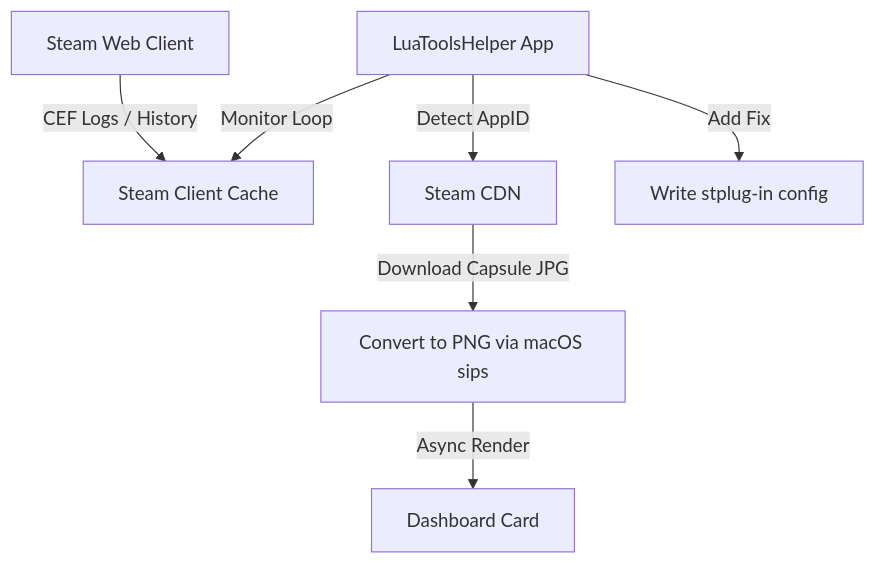
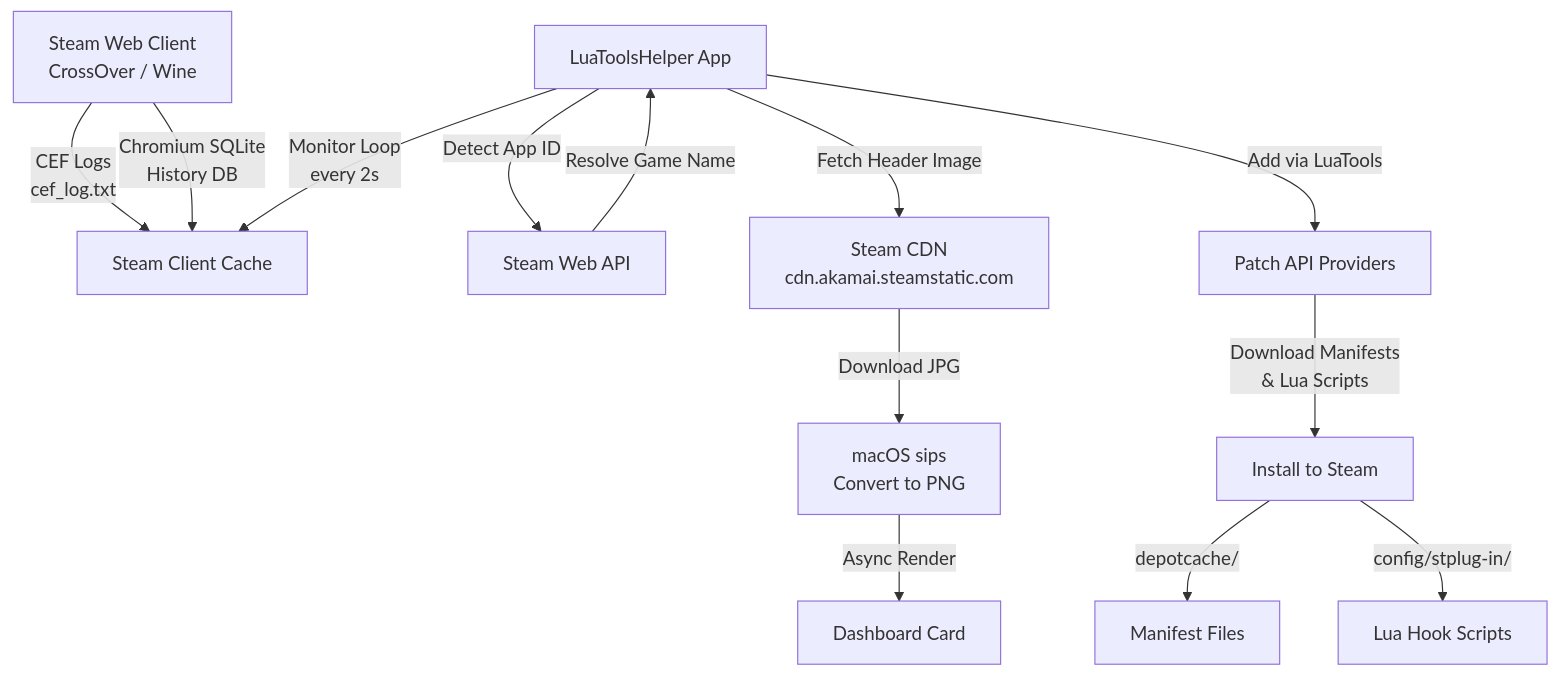
Before and after one commit to VedantNarayan/LuaToolsHelper: the diagram in README.md, drawn with Mermaid. The commit also changed other lines of this file and 5 other files, not shown here.

````diff
--- a/README.md
+++ b/README.md
@@ -48,9 +113,15 @@
 ```mermaid
 graph TD
-    A[Steam Web Client] -->|CEF Logs / History| B[Steam Client Cache]
-    C[LuaToolsHelper App] -->|Monitor Loop| B
-    C -->|Detect AppID| D[Steam CDN]
-    D -->|Download Capsule JPG| E[Convert to PNG via macOS sips]
-    E -->|Async Render| F[Dashboard Card]
-    C -->|Add Fix| G[Write stplug-in config]
+    A[Steam Web Client<br>CrossOver / Wine] -->|CEF Logs<br>cef_log.txt| B[Steam Client Cache]
+    A -->|Chromium SQLite<br>History DB| B
+    C[LuaToolsHelper App] -->|Monitor Loop<br>every 2s| B
+    C -->|Detect App ID| D[Steam Web API]
+    D -->|Resolve Game Name| C
+    C -->|Fetch Header Image| E[Steam CDN<br>cdn.akamai.steamstatic.com]
+    E -->|Download JPG| F[macOS sips<br>Convert to PNG]
+    F -->|Async Render| G[Dashboard Card]
+    C -->|"Add via LuaTools"| H[Patch API Providers]
+    H -->|Download Manifests<br>& Lua Scripts| I[Install to Steam]
+    I -->|depotcache/| J[Manifest Files]
+    I -->|config/stplug-in/| K[Lua Hook Scripts]
 ```
````
